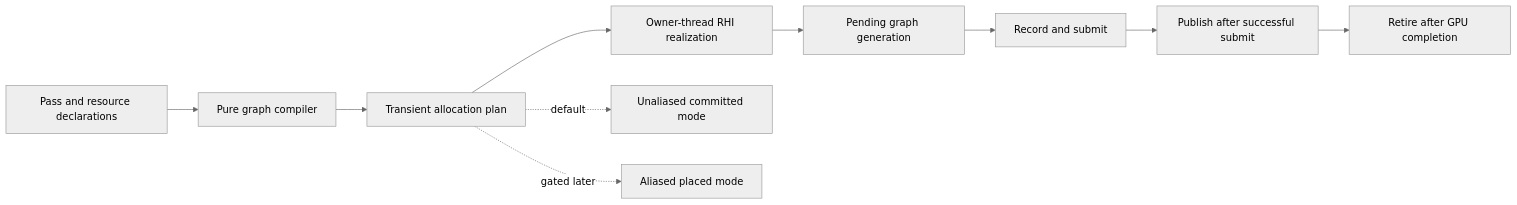
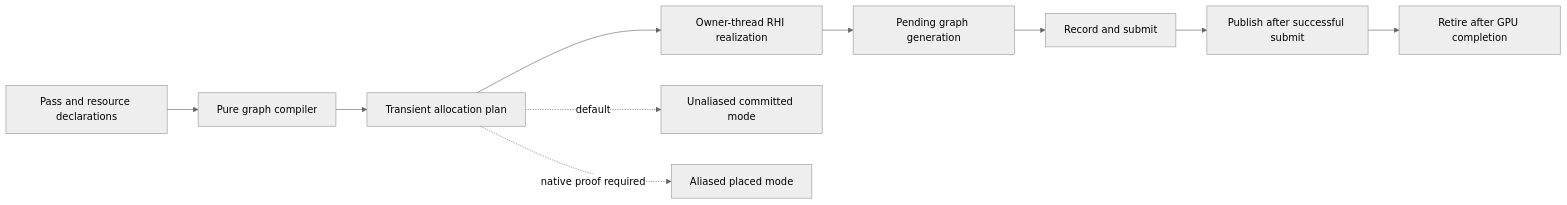
The diagram in docs/design/OPT_11_C11_05_SAFETY_PLAN.md (nguyenphong0210/AxleEngine), drawn with Mermaid (neutral theme) before and after one commit. The commit also changed other lines of this file and 7 other files, not shown here.

````diff
--- a/docs/design/OPT_11_C11_05_SAFETY_PLAN.md
+++ b/docs/design/OPT_11_C11_05_SAFETY_PLAN.md
@@ -80,12 +82,12 @@
 ```mermaid
 flowchart LR
     A[Pass and resource declarations] --> B[Pure graph compiler]
     B --> C[Transient allocation plan]
     C --> D[Owner-thread RHI realization]
     D --> E[Pending graph generation]
     E --> F[Record and submit]
     F --> G[Publish after successful submit]
     G --> H[Retire after GPU completion]
     C -. default .-> I[Unaliased committed mode]
-    C -. gated later .-> J[Aliased placed mode]
+    C -. native proof required .-> J[Aliased placed mode]
 ```
````
